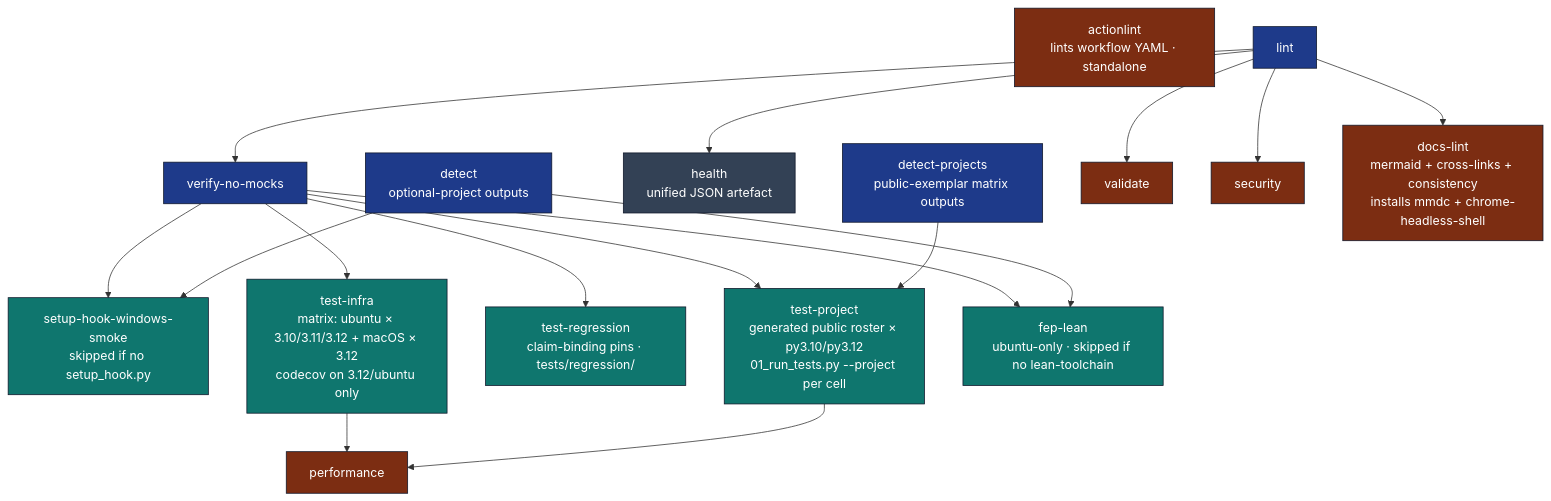
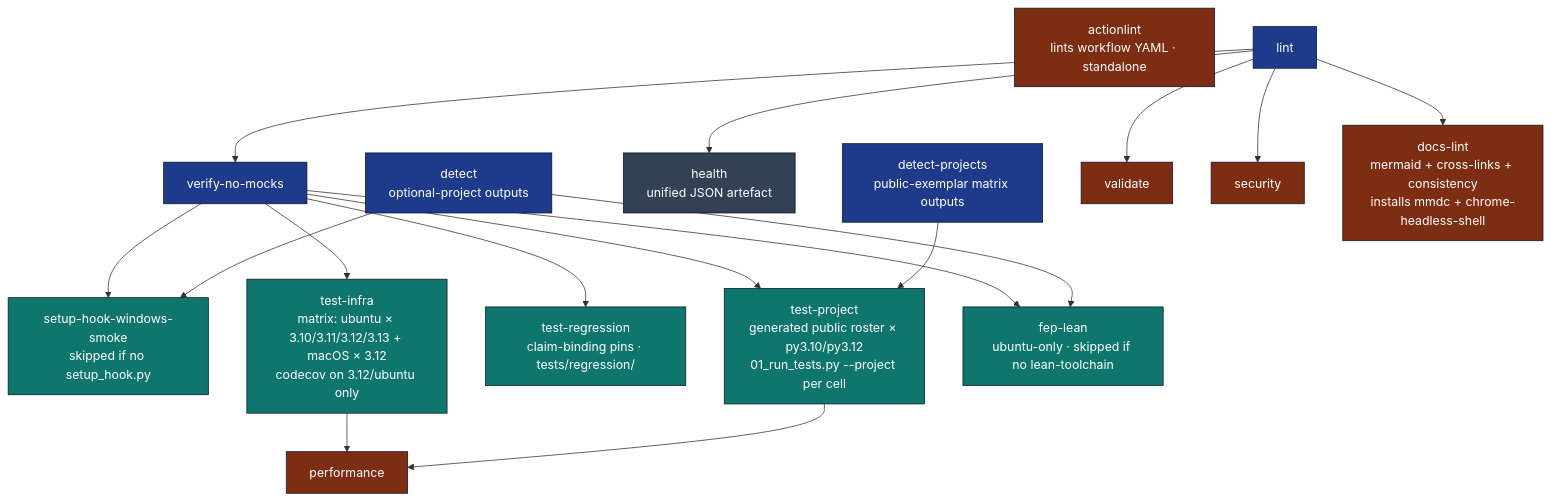
Before and after one commit to docxology/template: the second of 2 diagrams in .github/workflows/AGENTS.md, drawn with Mermaid. The commit also changed other lines of this file and 48 other files, not shown here.

````diff
--- a/.github/workflows/AGENTS.md
+++ b/.github/workflows/AGENTS.md
@@ -44,30 +44,30 @@
 ```mermaid
 flowchart TB
     DET[detect<br/>optional-project outputs]
     DETP[detect-projects<br/>public-exemplar matrix outputs]
     ACTLINT[actionlint<br/>lints workflow YAML · standalone]
     LINT[lint] --> HEALTH[health<br/>unified JSON artefact]
     LINT --> VNM[verify-no-mocks]
     LINT --> VAL[validate]
     LINT --> SEC[security]
     LINT --> DL[docs-lint<br/>mermaid + cross-links + consistency<br/>installs mmdc + chrome-headless-shell]
     VNM --> SHW[setup-hook-windows-smoke<br/>skipped if no setup_hook.py]
-    VNM --> TI[test-infra<br/>matrix: ubuntu × 3.10/3.11/3.12 + macOS × 3.12<br/>codecov on 3.12/ubuntu only]
+    VNM --> TI[test-infra<br/>matrix: ubuntu × 3.10/3.11/3.12/3.13 + macOS × 3.12<br/>codecov on 3.12/ubuntu only]
     VNM --> TR[test-regression<br/>claim-binding pins · tests/regression/]
     VNM --> TP[test-project<br/>generated public roster × py3.10/py3.12<br/>01_run_tests.py --project per cell]
     VNM --> FL[fep-lean<br/>ubuntu-only · skipped if no lean-toolchain]
     DET --> SHW
     DET --> FL
     DETP --> TP
     TI --> PERF[performance]
     TP --> PERF
 
     classDef gate fill:#1e3a8a,stroke:#0f172a,color:#fff
     classDef matrix fill:#0f766e,stroke:#0f172a,color:#fff
     classDef terminal fill:#7c2d12,stroke:#0f172a,color:#fff
     classDef info fill:#334155,stroke:#0f172a,color:#fff
     class DET,DETP,LINT,VNM gate
     class TI,TR,TP,FL,SHW matrix
     class VAL,SEC,DL,PERF,ACTLINT terminal
     class HEALTH info
 ```
````
